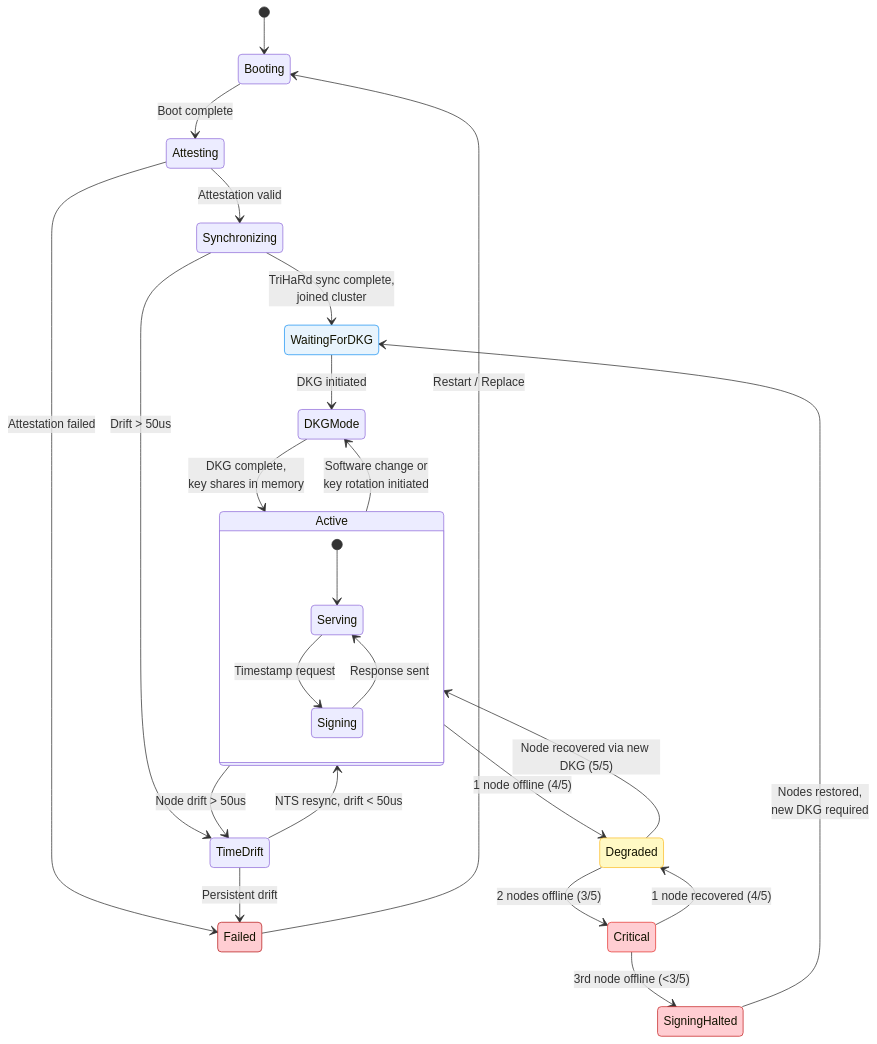
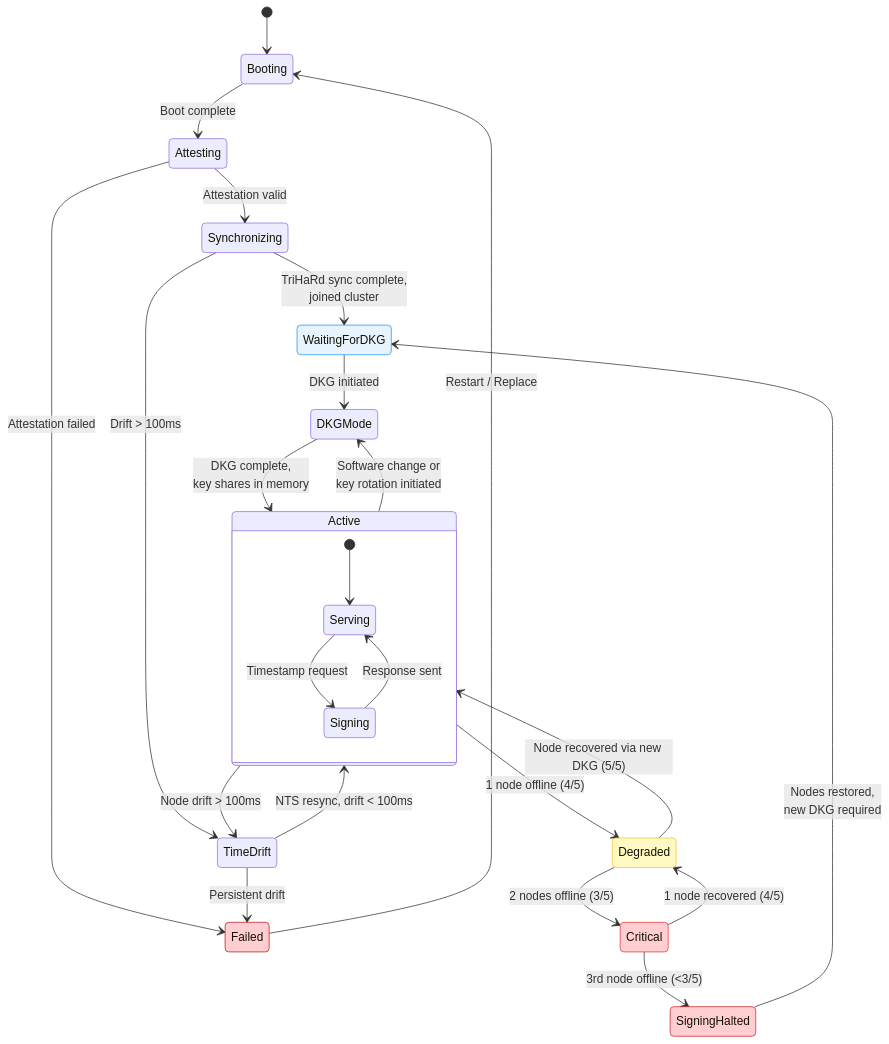
Before and after one commit to NickBorgers/confidential-computing-tsa: the fourth of 7 diagrams in docs/05-operations-and-deployment.md, drawn with Mermaid. The commit also changed other lines of this file and 8 other files, not shown here.

````diff
--- a/docs/05-operations-and-deployment.md
+++ b/docs/05-operations-and-deployment.md
@@ -518,41 +518,41 @@
 ```mermaid
 stateDiagram-v2
     [*] --> Booting
 
     Booting --> Attesting: Boot complete
     Attesting --> Synchronizing: Attestation valid
     Attesting --> Failed: Attestation failed
     Synchronizing --> WaitingForDKG: TriHaRd sync complete,<br/>joined cluster
-    Synchronizing --> TimeDrift: Drift > 50us
+    Synchronizing --> TimeDrift: Drift > 100ms
 
     WaitingForDKG --> DKGMode: DKG initiated
     DKGMode --> Active: DKG complete,<br/>key shares in memory
 
     Active --> Degraded: 1 node offline (4/5)
     Degraded --> Active: Node recovered via new DKG (5/5)
     Degraded --> Critical: 2 nodes offline (3/5)
     Critical --> Degraded: 1 node recovered (4/5)
     Critical --> SigningHalted: 3rd node offline (<3/5)
     SigningHalted --> WaitingForDKG: Nodes restored,<br/>new DKG required
 
     Active --> DKGMode: Software change or<br/>key rotation initiated
 
-    Active --> TimeDrift: Node drift > 50us
-    TimeDrift --> Active: NTS resync, drift < 50us
+    Active --> TimeDrift: Node drift > 100ms
+    TimeDrift --> Active: NTS resync, drift < 100ms
     TimeDrift --> Failed: Persistent drift
 
     Failed --> Booting: Restart / Replace
 
     state Active {
         [*] --> Serving
         Serving --> Signing: Timestamp request
         Signing --> Serving: Response sent
     }
 
     style Active fill:#c8e6c9,stroke:#4caf50
     style WaitingForDKG fill:#e8f4fd,stroke:#2196f3
     style Degraded fill:#fff9c4,stroke:#fbc02d
     style Critical fill:#ffcdd2,stroke:#e53935
     style SigningHalted fill:#ffcdd2,stroke:#c62828
     style Failed fill:#ffcdd2,stroke:#b71c1c
 ```
````
